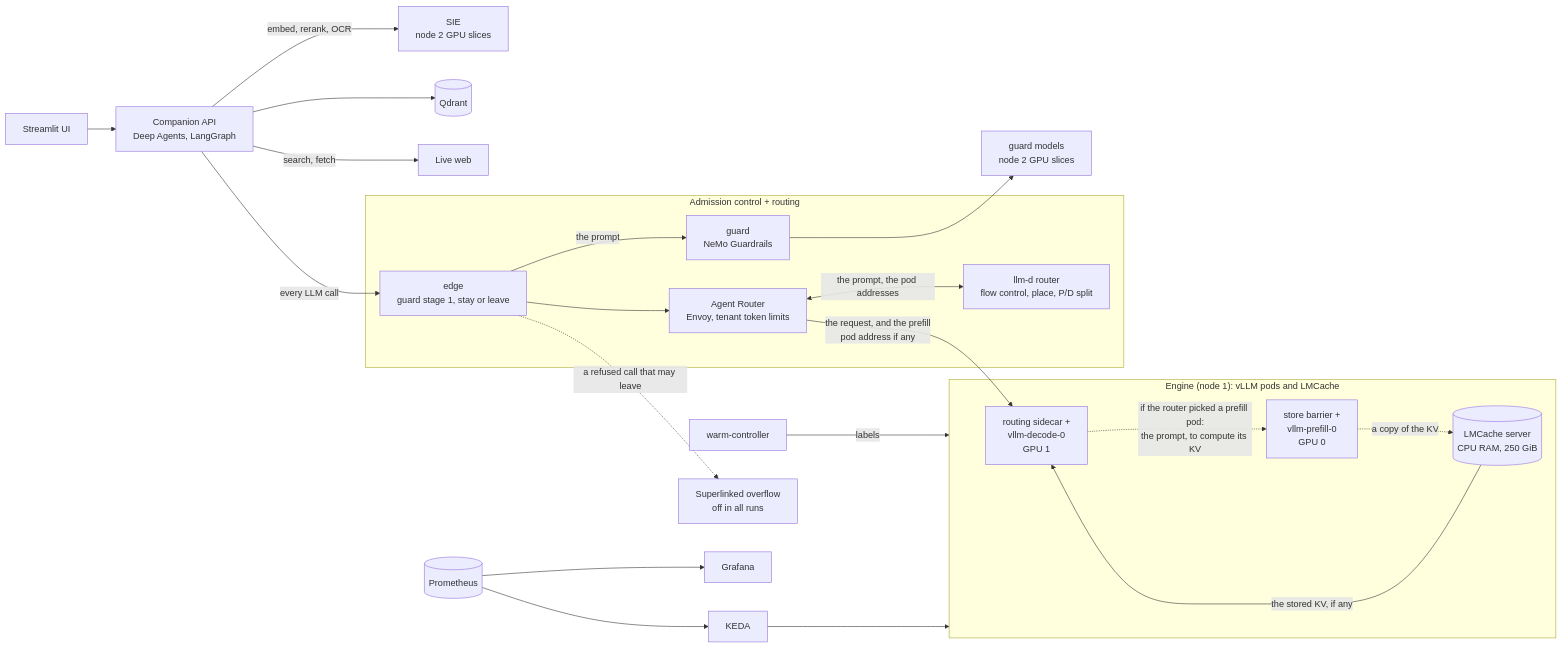
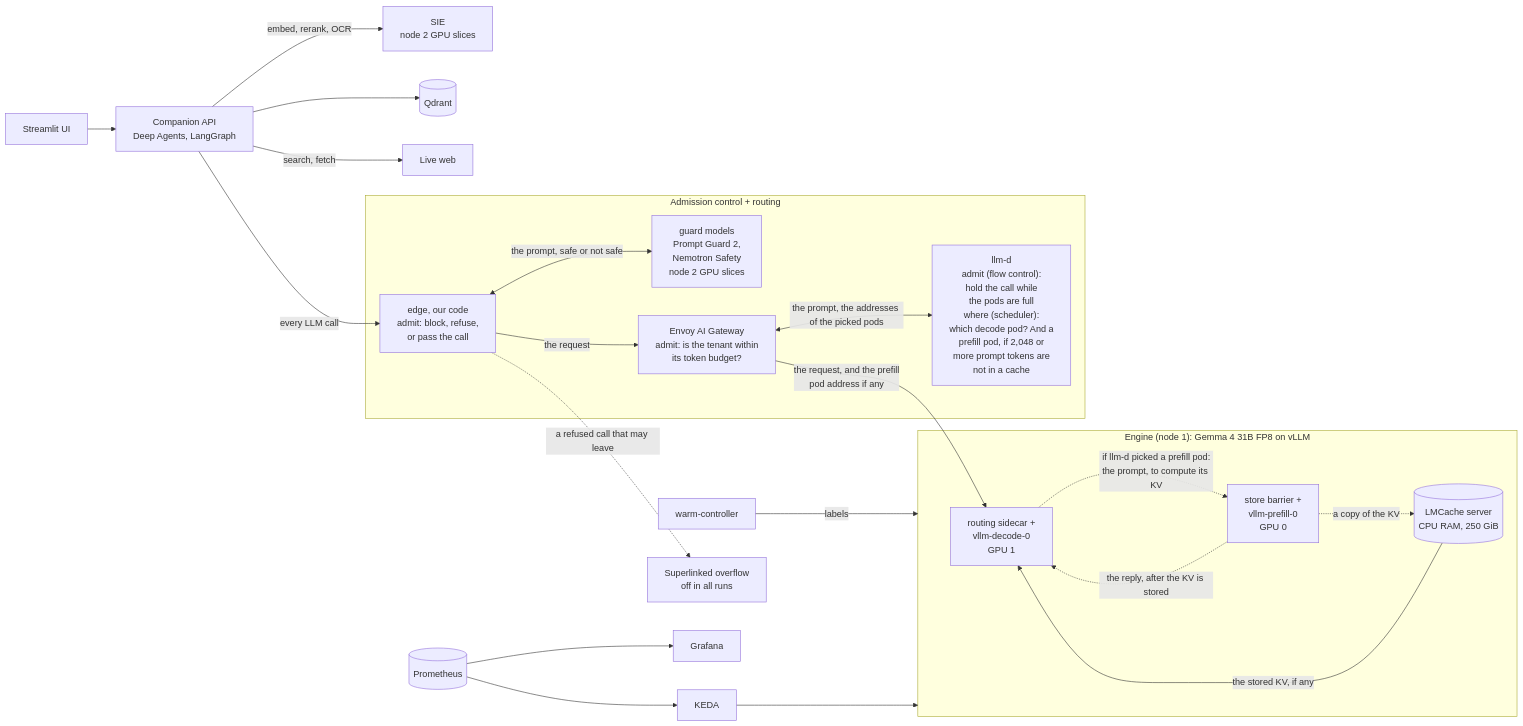
One commit to chetananand/learning-companion-serving changed the first of 2 diagrams in docs/spec/04-system-design.md. Above: the diagram before and after it, drawn with Mermaid. The commit also changed other lines of this file and 4 other files, not shown here.

First line of the commit message:
Docs: one architecture, with the names of the slide diagram everywhere

````diff
--- a/docs/spec/04-system-design.md
+++ b/docs/spec/04-system-design.md
@@ -20,27 +20,27 @@
 ```mermaid
 flowchart LR
   UI[Streamlit UI] --> API[Companion API<br/>Deep Agents, LangGraph]
   API -->|embed, rerank, OCR| SIE[SIE<br/>node 2 GPU slices]
   API --> QD[(Qdrant)]
   API -->|search, fetch| WEB[Live web]
   API -->|every LLM call| EDGE
   subgraph GW[Admission control + routing]
-    EDGE[edge<br/>guard stage 1, stay or leave] -->|the prompt| GUARD[guard<br/>NeMo Guardrails]
-    EDGE --> AR[Agent Router<br/>Envoy, tenant token limits]
-    AR <-->|the prompt, the pod addresses| EPP[llm-d router<br/>flow control, place, P/D split]
+    EDGE[edge, our code<br/>admit: block, refuse,<br/>or pass the call] <-->|the prompt, safe or not safe| GUARD[guard models<br/>Prompt Guard 2,<br/>Nemotron Safety<br/>node 2 GPU slices]
+    EDGE -->|the request| AR[Envoy AI Gateway<br/>admit: is the tenant within<br/>its token budget?]
+    AR <-->|the prompt, the addresses of the picked pods| EPP["llm-d<br/>admit (flow control):<br/>hold the call while<br/>the pods are full<br/>where (scheduler):<br/>which decode pod? And a<br/>prefill pod, if 2,048 or<br/>more prompt tokens are<br/>not in a cache"]
   end
-  GUARD --> GM[guard models<br/>node 2 GPU slices]
   AR -->|the request, and the prefill<br/>pod address if any| D0
-  subgraph ENG["Engine (node 1): vLLM pods and LMCache"]
+  subgraph ENG["Engine (node 1): Gemma 4 31B FP8 on vLLM"]
     P0[store barrier +<br/>vllm-prefill-0<br/>GPU 0]
     D0[routing sidecar +<br/>vllm-decode-0<br/>GPU 1]
     LMC[(LMCache server<br/>CPU RAM, 250 GiB)]
   end
-  D0 -.->|if the router picked a prefill pod:<br/>the prompt, to compute its KV| P0
+  D0 -.->|if llm-d picked a prefill pod:<br/>the prompt, to compute its KV| P0
+  P0 -.->|the reply, after the KV is stored| D0
   P0 -.->|a copy of the KV| LMC
   LMC -->|the stored KV, if any| D0
   EDGE -.->|a refused call that may leave| OVF[Superlinked overflow<br/>off in all runs]
   PROM[(Prometheus)] --> GRAF[Grafana]
   PROM --> KEDA[KEDA] --> ENG
   WC[warm-controller] -->|labels| ENG
 ```
````
